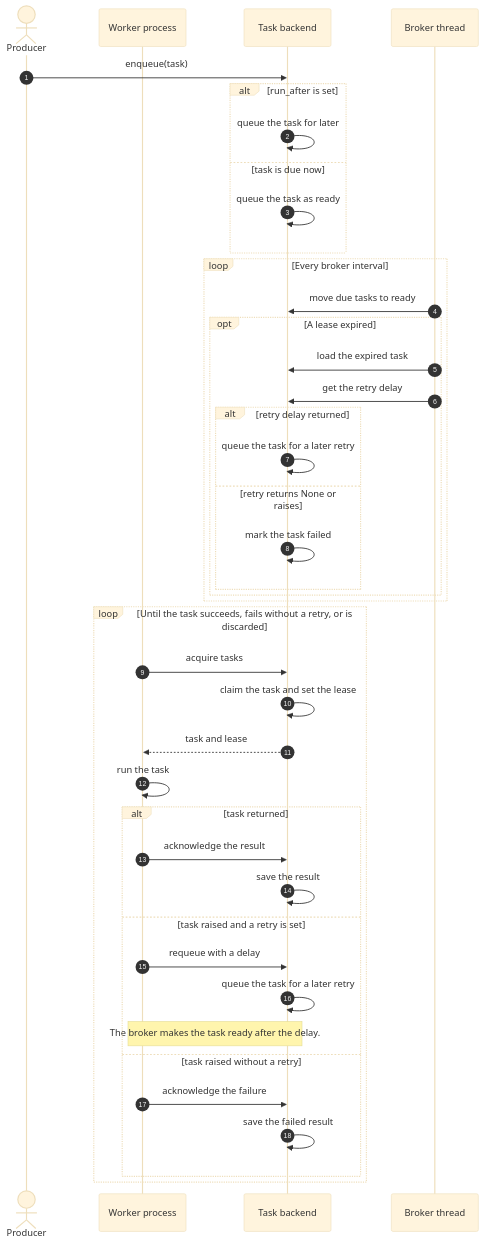
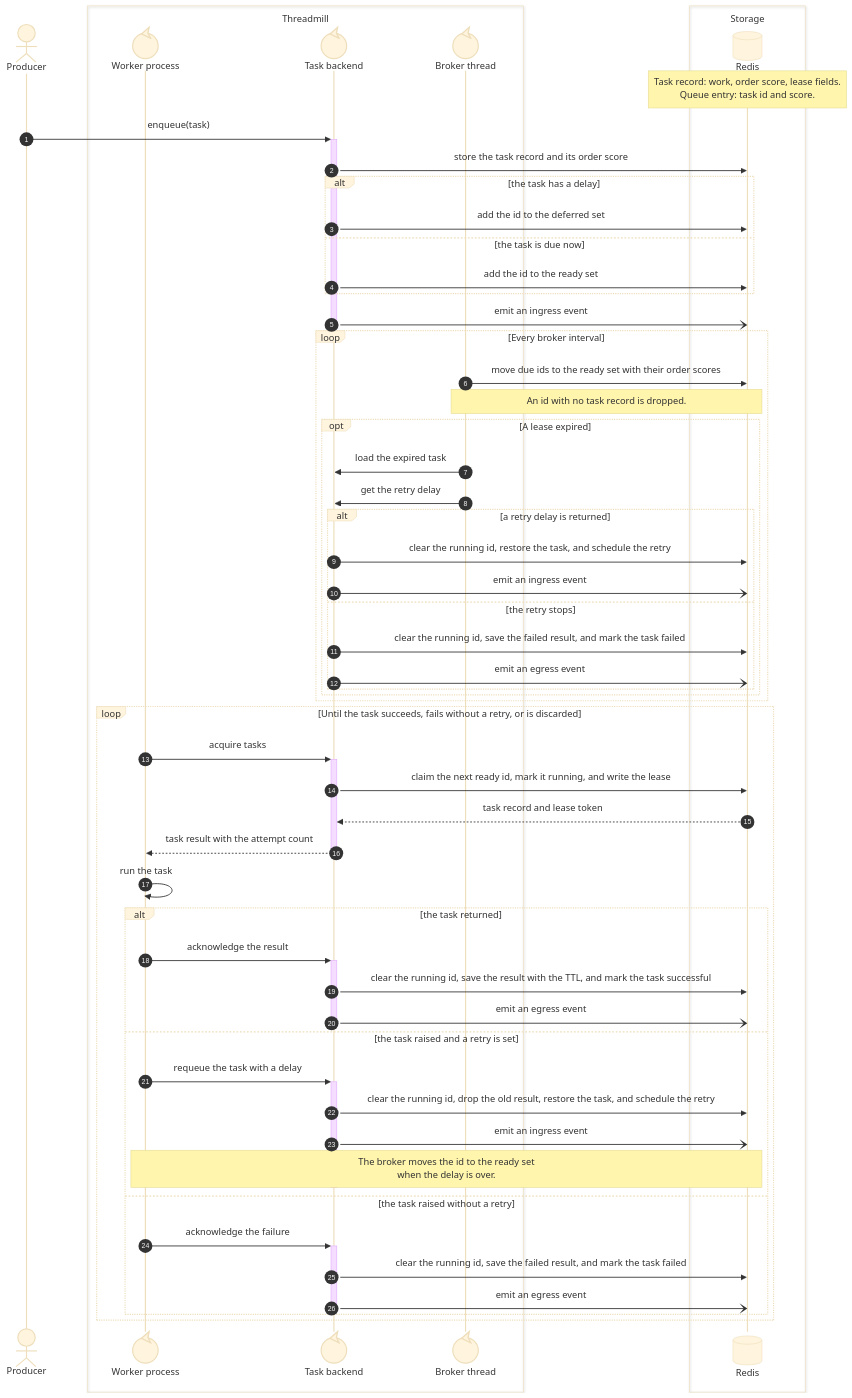
Before and after one commit to codingjoe/threadmill: the second of 2 diagrams in CONTRIBUTING.md, drawn with Mermaid (base theme). The commit also changed other lines of this file, not shown here.

Commit message:
Restore task flow detail with human terms

````diff
--- a/CONTRIBUTING.md
+++ b/CONTRIBUTING.md
@@ -111,47 +111,67 @@
 ```mermaid
 sequenceDiagram
     autonumber
     actor Producer
-    participant Worker as Worker process
-    participant Backend as Task backend
-    participant Broker as Broker thread
-
-    Producer->>Backend: enqueue(task)
-    alt run_after is set
-        Backend->>Backend: queue the task for later
-    else task is due now
-        Backend->>Backend: queue the task as ready
+    box Threadmill
+        participant Worker@{ "type": "control" } as Worker process
+        participant Backend@{ "type": "control" } as Task backend
+        participant Broker@{ "type": "control" } as Broker thread
+    end
+    box Storage
+        participant Redis@{ "type": "database" } as Redis
     end
 
+    Note over Redis: Task record: work, order score, lease fields.<br/>Queue entry: task id and score.
+
+    Producer->>+Backend: enqueue(task)
+    Backend->>Redis: store the task record and its order score
+    alt the task has a delay
+        Backend->>Redis: add the id to the deferred set
+    else the task is due now
+        Backend->>Redis: add the id to the ready set
+    end
+    Backend-)Redis: emit an ingress event
+    deactivate Backend
+
     loop Every broker interval
-        Broker->>Backend: move due tasks to ready
+        Broker->>Redis: move due ids to the ready set with their order scores
+        Note over Broker,Redis: An id with no task record is dropped.
         opt A lease expired
             Broker->>Backend: load the expired task
             Broker->>Backend: get the retry delay
-            alt retry delay returned
-                Backend->>Backend: queue the task for a later retry
-            else retry returns None or raises
-                Backend->>Backend: mark the task failed
+            alt a retry delay is returned
+                Backend->>Redis: clear the running id, restore the task, and schedule the retry
+                Backend-)Redis: emit an ingress event
+            else the retry stops
+                Backend->>Redis: clear the running id, save the failed result, and mark the task failed
+                Backend-)Redis: emit an egress event
             end
         end
     end
 
     loop Until the task succeeds, fails without a retry, or is discarded
-        Worker->>Backend: acquire tasks
-        Backend->>Backend: claim the task and set the lease
-        Backend-->>Worker: task and lease
+        Worker->>+Backend: acquire tasks
+        Backend->>Redis: claim the next ready id, mark it running, and write the lease
+        Redis-->>Backend: task record and lease token
+        Backend-->>-Worker: task result with the attempt count
         Worker->>Worker: run the task
 
-        alt task returned
-            Worker->>Backend: acknowledge the result
-            Backend->>Backend: save the result
-        else task raised and a retry is set
-            Worker->>Backend: requeue with a delay
-            Backend->>Backend: queue the task for a later retry
-            Note over Worker,Backend: The broker makes the task ready after the delay.
-        else task raised without a retry
-            Worker->>Backend: acknowledge the failure
-            Backend->>Backend: save the failed result
+        alt the task returned
+            Worker->>+Backend: acknowledge the result
+            Backend->>Redis: clear the running id, save the result with the TTL, and mark the task successful
+            Backend-)Redis: emit an egress event
+            deactivate Backend
+        else the task raised and a retry is set
+            Worker->>+Backend: requeue the task with a delay
+            Backend->>Redis: clear the running id, drop the old result, restore the task, and schedule the retry
+            Backend-)Redis: emit an ingress event
+            Note over Worker,Redis: The broker moves the id to the ready set<br/>when the delay is over.
+            deactivate Backend
+        else the task raised without a retry
+            Worker->>+Backend: acknowledge the failure
+            Backend->>Redis: clear the running id, save the failed result, and mark the task failed
+            Backend-)Redis: emit an egress event
+            deactivate Backend
         end
     end
 ```
````
